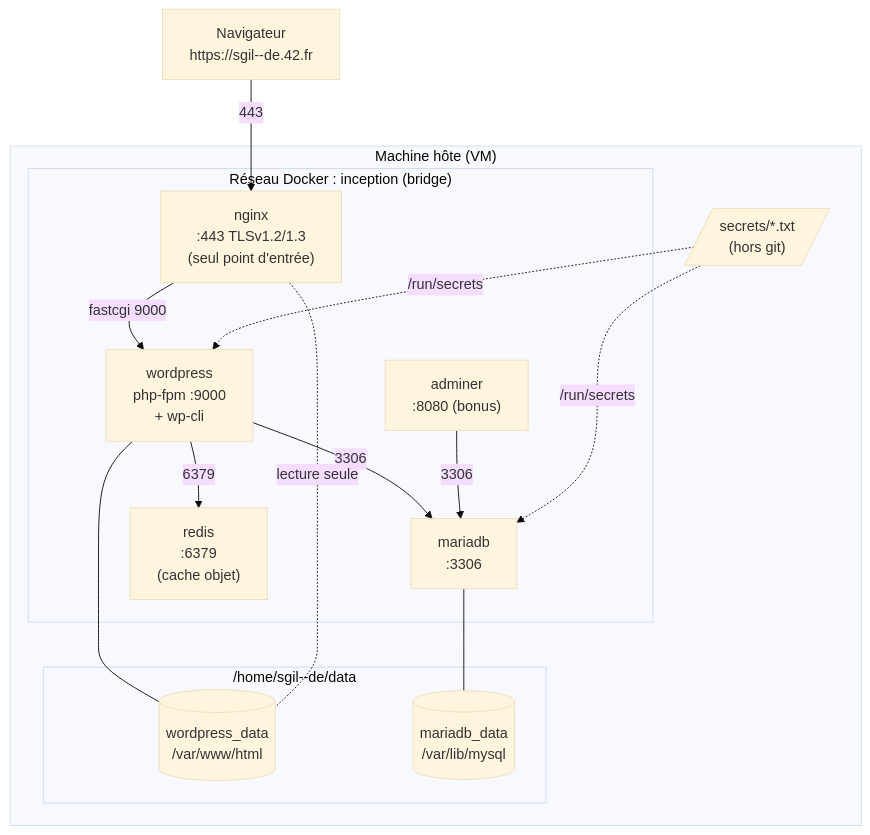
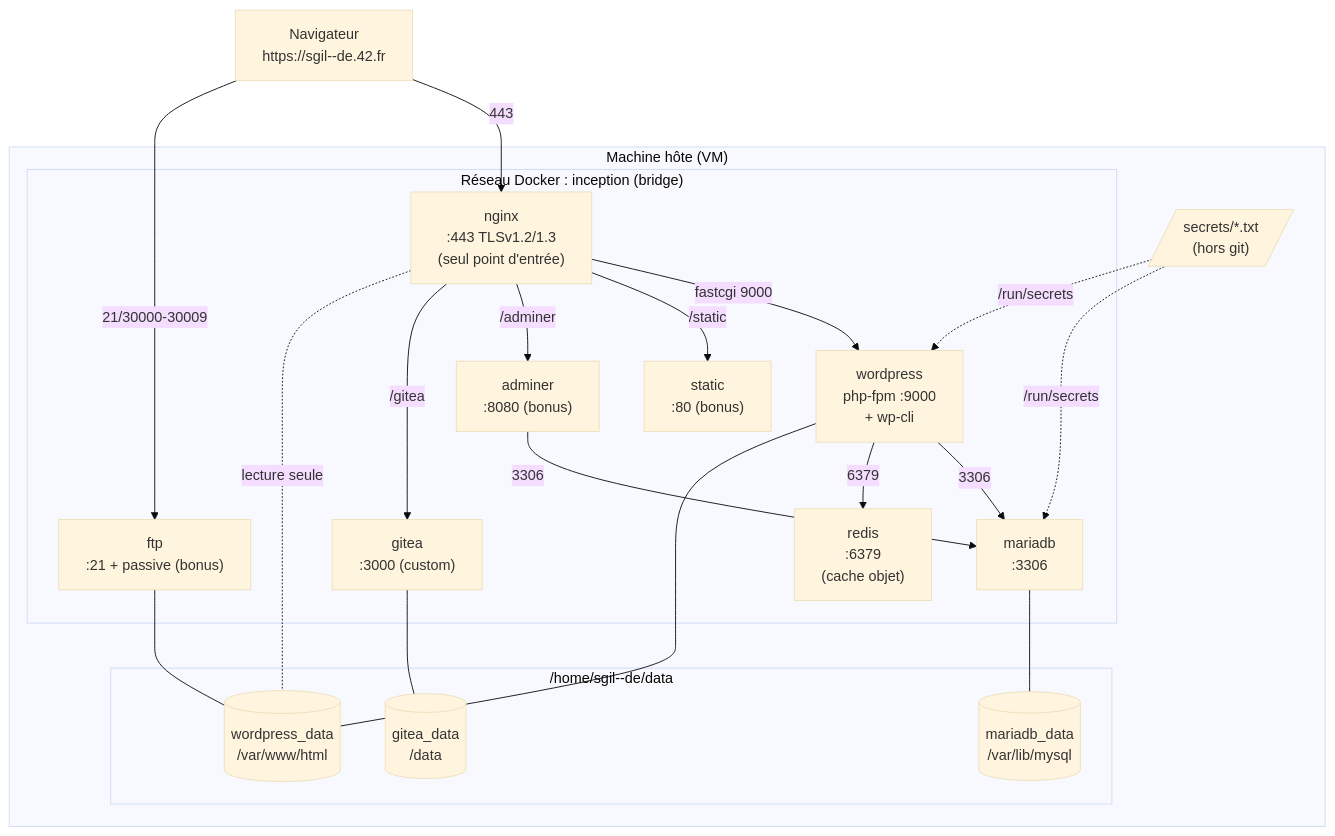
Before and after one commit to AstarophTY/inception: the first of 5 diagrams in RAPPORT.md, drawn with Mermaid (base theme). The commit also changed other lines of this file and 13 other files, not shown here.

Commit message:
add site static gitea

````diff
--- a/RAPPORT.md
+++ b/RAPPORT.md
@@ -11,33 +11,43 @@
 ```mermaid
 flowchart TB
     Client["Navigateur<br/>https://sgil--de.42.fr"]
 
     subgraph HOST["Machine hôte (VM)"]
         subgraph NET["Réseau Docker : inception (bridge)"]
             NGINX["nginx<br/>:443 TLSv1.2/1.3<br/>(seul point d'entrée)"]
             WP["wordpress<br/>php-fpm :9000<br/>+ wp-cli"]
             DB["mariadb<br/>:3306"]
             REDIS["redis<br/>:6379<br/>(cache objet)"]
             ADM["adminer<br/>:8080 (bonus)"]
+            STAT["static<br/>:80 (bonus)"]
+            FTP["ftp<br/>:21 + passive (bonus)"]
+            GIT["gitea<br/>:3000 (custom)"]
         end
 
         subgraph DATA["/home/sgil--de/data"]
             VWP[("wordpress_data<br/>/var/www/html")]
             VDB[("mariadb_data<br/>/var/lib/mysql")]
+            VGT[("gitea_data<br/>/data")]
         end
 
         SEC[/"secrets/*.txt<br/>(hors git)"/]
     end
 
     Client -- "443" --> NGINX
+    Client -- "21/30000-30009" --> FTP
     NGINX -- "fastcgi 9000" --> WP
+    NGINX -- "/static" --> STAT
+    NGINX -- "/adminer" --> ADM
+    NGINX -- "/gitea" --> GIT
     WP -- "3306" --> DB
     WP -- "6379" --> REDIS
     ADM -- "3306" --> DB
 
     WP --- VWP
+    FTP --- VWP
     NGINX -. "lecture seule" .- VWP
     DB --- VDB
+    GIT --- VGT
     SEC -. "/run/secrets" .-> DB
     SEC -. "/run/secrets" .-> WP
 ```
````
